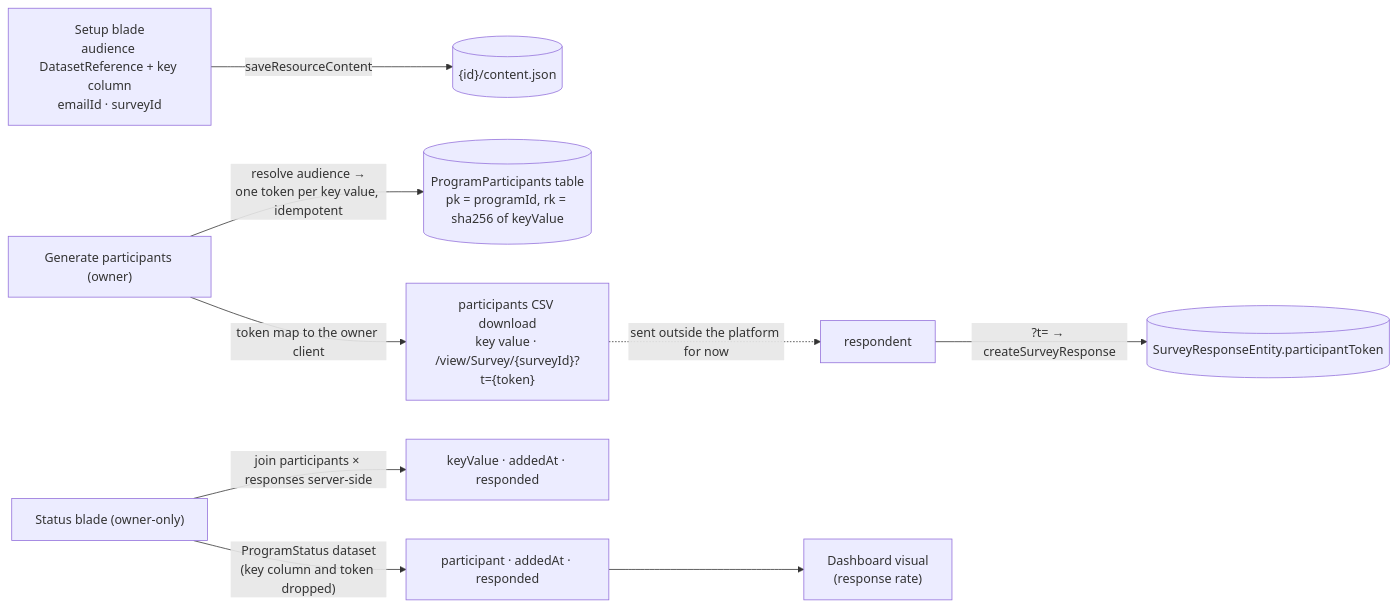
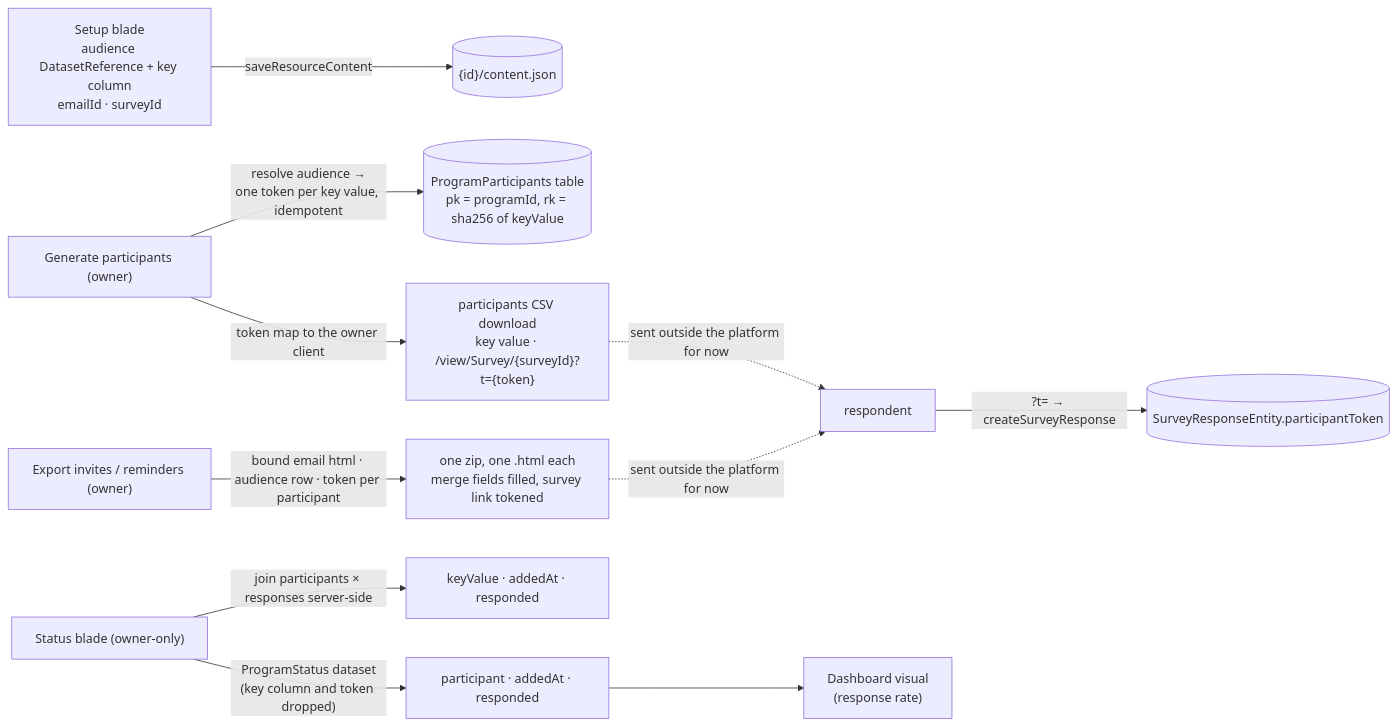
One commit to Esposter/Esposter changed the diagram in apps/web/content/docs/resource/program-resource.md. Above: the diagram before and after it, drawn with Mermaid. The commit also changed other lines of this file and 20 other files, not shown here.

First line of the commit message:
feat(resource): the program's Status blade exports invites and reminders

````diff
--- a/apps/web/content/docs/resource/program-resource.md
+++ b/apps/web/content/docs/resource/program-resource.md
@@ -14,11 +14,13 @@
 ```mermaid
 flowchart LR
   SETUP["Setup blade<br/>audience DatasetReference + key column<br/>emailId · surveyId"] -->|saveResourceContent| BLOB[("{id}/content.json")]
   GEN["Generate participants (owner)"] -->|"resolve audience →<br/>one token per key value, idempotent"| INV[("ProgramParticipants table<br/>pk = programId, rk = sha256 of keyValue")]
   GEN -->|"token map to the owner client"| EXPORT["participants CSV download<br/>key value · /view/Survey/{surveyId}?t={token}"]
+  INVITE["Export invites / reminders (owner)"] -->|"bound email html · audience row · token per participant"| ZIP["one zip, one .html each<br/>merge fields filled, survey link tokened"]
   EXPORT -.->|"sent outside the platform for now"| RESP["respondent"]
+  ZIP -.->|"sent outside the platform for now"| RESP
   RESP -->|"?t= → createSurveyResponse"| SR[("SurveyResponseEntity.participantToken")]
   STATUS["Status blade (owner-only)"] -->|"join participants × responses server-side"| FUNNEL["keyValue · addedAt · responded"]
   STATUS -->|"ProgramStatus dataset<br/>(key column and token dropped)"| PUBSAFE["participant · addedAt · responded"]
   PUBSAFE --> DASH["Dashboard visual<br/>(response rate)"]
 ```
````
